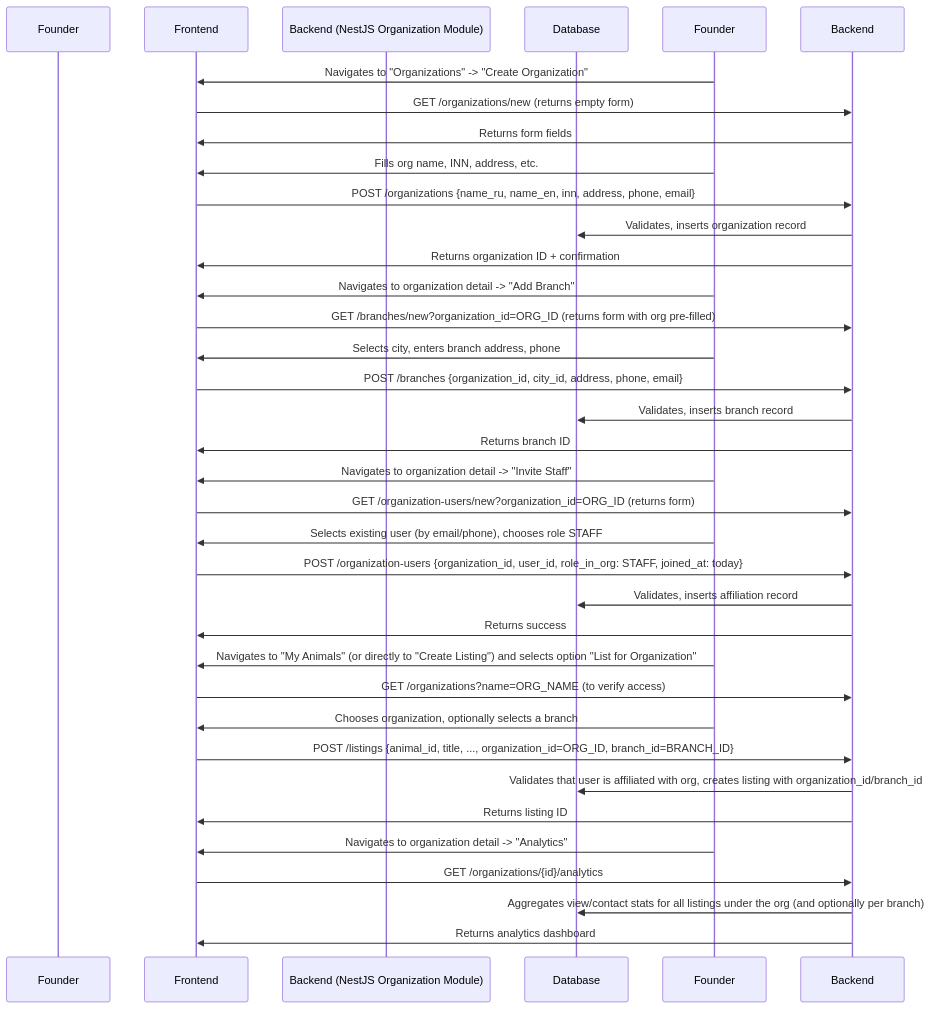
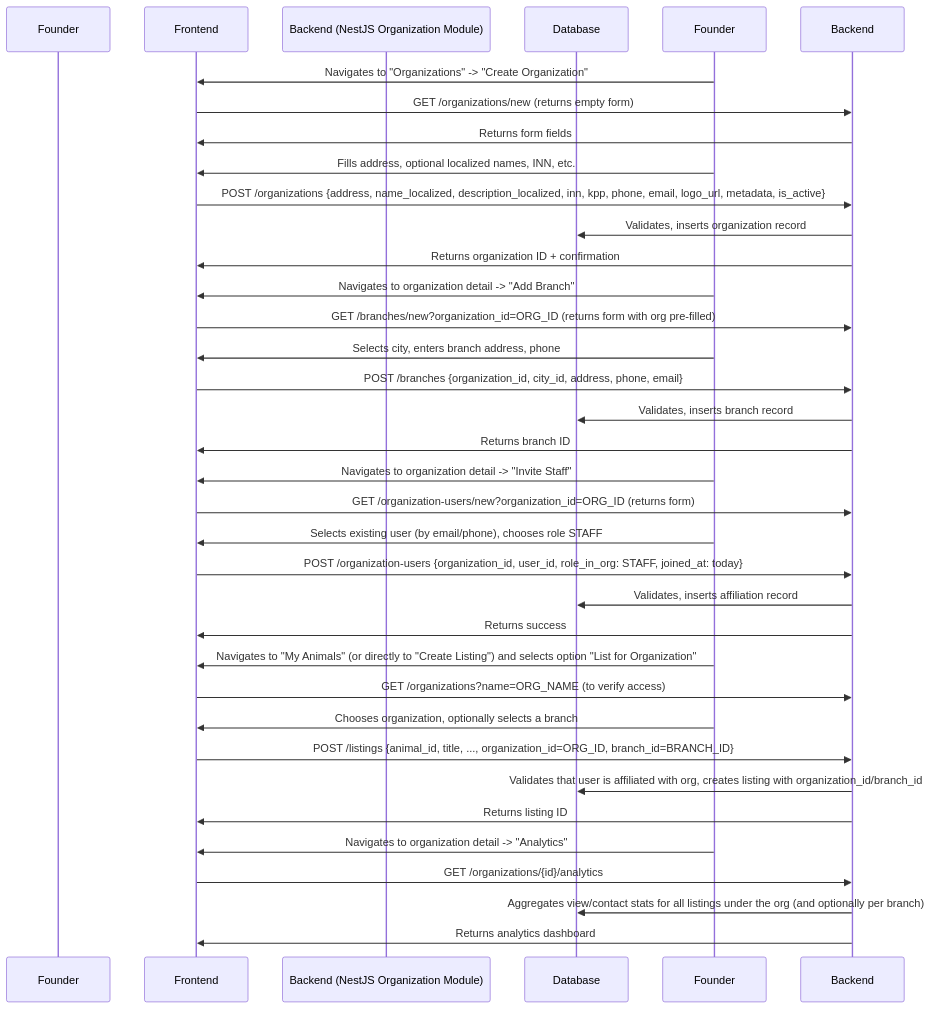
One commit to Aleksandr-Sulimenko/ZooLink changed the diagram in docs/02-requirements/business-requirements/organization-domain.md. Above: the diagram before and after it, drawn with Mermaid. The commit also changed other lines of this file and 6 other files, not shown here.

````diff
--- a/docs/02-requirements/business-requirements/organization-domain.md
+++ b/docs/02-requirements/business-requirements/organization-domain.md
@@ -151,46 +153,46 @@
 ```mermaid
 sequenceDiagram
     participant User as Founder
     participant Frontend
     participant Backend (NestJS Organization Module)
     participant Database
 
     %% Create organization
     Founder->>Frontend: Navigates to "Organizations" -> "Create Organization"
     Frontend->>Backend: GET /organizations/new (returns empty form)
     Backend->>Frontend: Returns form fields
-    Founder->>Frontend: Fills org name, INN, address, etc.
-    Frontend->>Backend: POST /organizations {name_ru, name_en, inn, address, phone, email}
+    Founder->>Frontend: Fills address, optional localized names, INN, etc.
+    Frontend->>Backend: POST /organizations {address, name_localized, description_localized, inn, kpp, phone, email, logo_url, metadata, is_active}
     Backend->>Database: Validates, inserts organization record
     Backend->>Frontend: Returns organization ID + confirmation
 
     %% Add a branch
     Founder->>Frontend: Navigates to organization detail -> "Add Branch"
     Frontend->>Backend: GET /branches/new?organization_id=ORG_ID (returns form with org pre-filled)
     Founder->>Frontend: Selects city, enters branch address, phone
     Frontend->>Backend: POST /branches {organization_id, city_id, address, phone, email}
     Backend->>Database: Validates, inserts branch record
     Backend->>Frontend: Returns branch ID
 
     %% Invite a staff member
     Founder->>Frontend: Navigates to organization detail -> "Invite Staff"
     Frontend->>Backend: GET /organization-users/new?organization_id=ORG_ID (returns form)
     Founder->>Frontend: Selects existing user (by email/phone), chooses role STAFF
     Frontend->>Backend: POST /organization-users {organization_id, user_id, role_in_org: STAFF, joined_at: today}
     Backend->>Database: Validates, inserts affiliation record
     Backend->>Frontend: Returns success
 
     %% Create a listing on behalf of the organization
     Founder->>Frontend: Navigates to "My Animals" (or directly to "Create Listing") and selects option "List for Organization"
     Frontend->>Backend: GET /organizations?name=ORG_NAME (to verify access)
     Founder->>Frontend: Chooses organization, optionally selects a branch
     Frontend->>Backend: POST /listings {animal_id, title, ..., organization_id=ORG_ID, branch_id=BRANCH_ID}
     Backend->>Database: Validates that user is affiliated with org, creates listing with organization_id/branch_id
     Backend->>Frontend: Returns listing ID
 
     %% View organization analytics
     Founder->>Frontend: Navigates to organization detail -> "Analytics"
     Frontend->>Backend: GET /organizations/{id}/analytics
     Backend->>Database: Aggregates view/contact stats for all listings under the org (and optionally per branch)
     Backend->>Frontend: Returns analytics dashboard
 ```
````
